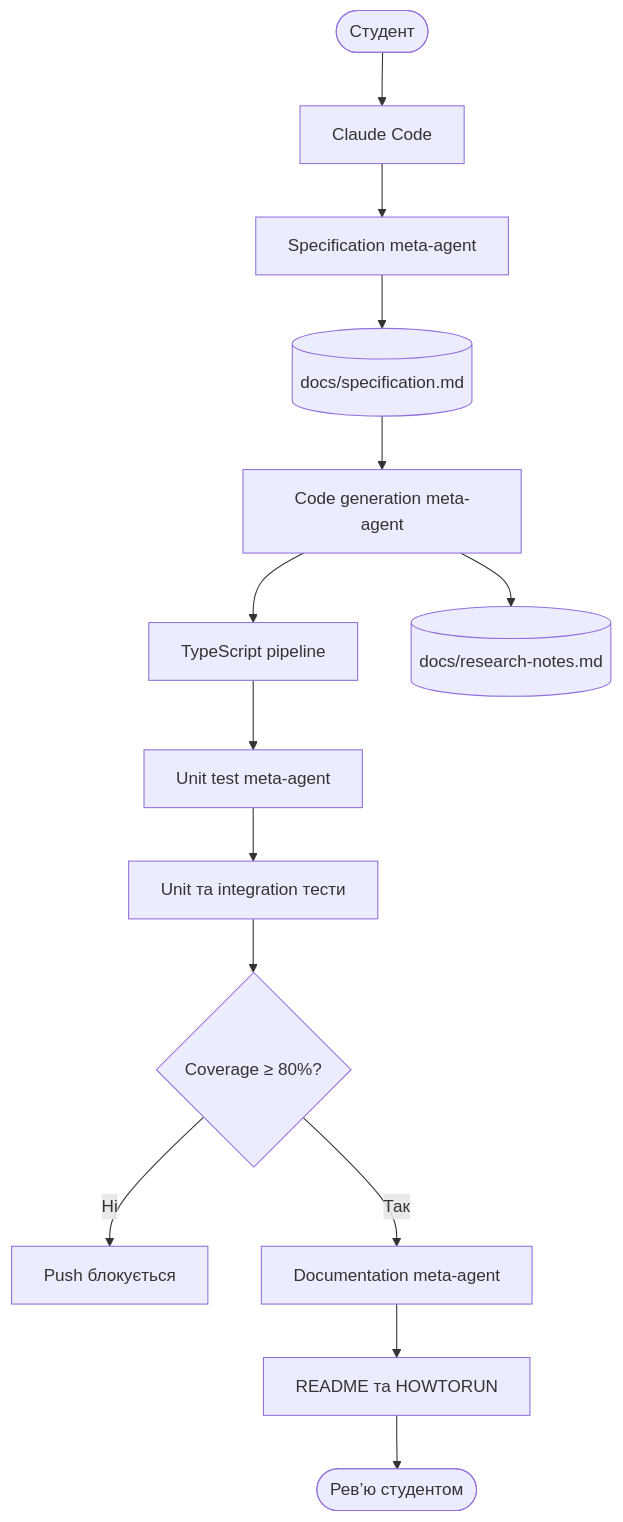
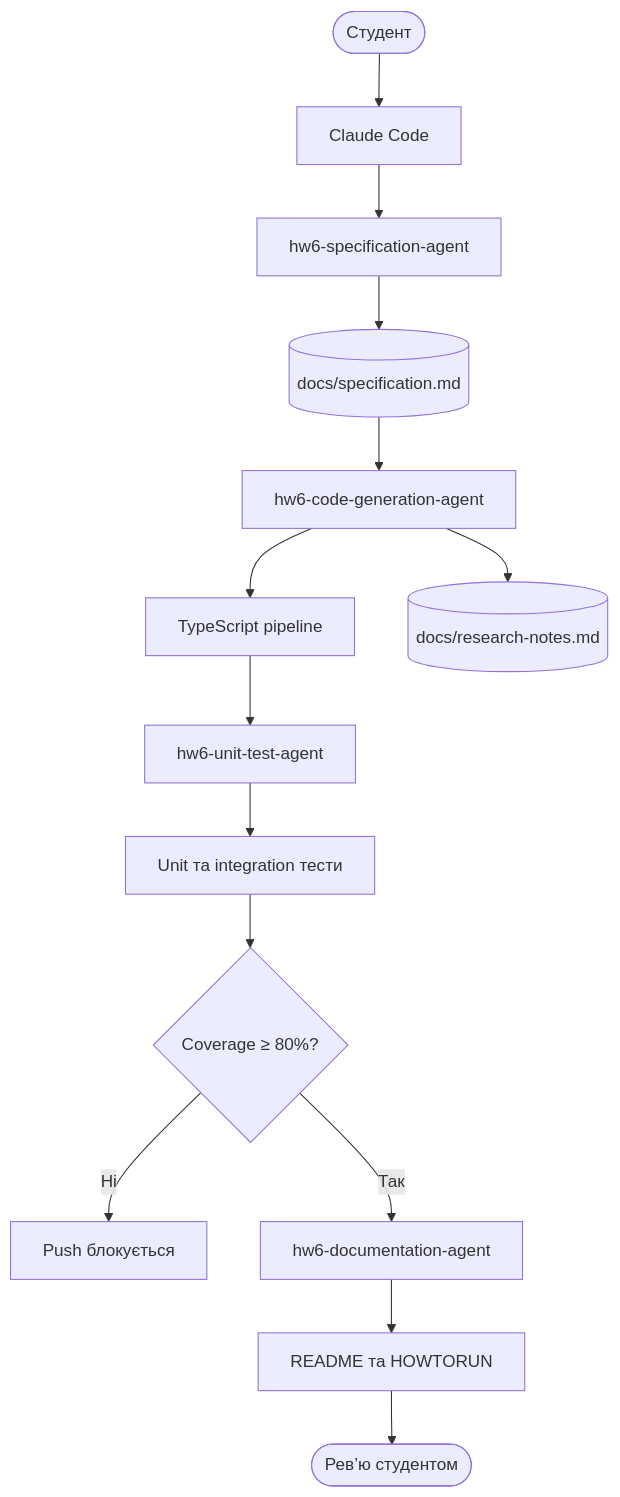
Before and after one commit to zpawn/gen-ai-software-engineering: the first of 3 diagrams in homework-6/README.md, drawn with Mermaid. The commit also changed other lines of this file and 18 other files, not shown here.

````diff
--- a/homework-6/README.md
+++ b/homework-6/README.md
@@ -44,20 +44,20 @@
 ```mermaid
 flowchart TD
     User([Студент]) --> Claude[Claude Code]
 
-    Claude --> SpecAgent[Specification meta-agent]
+    Claude --> SpecAgent[hw6-specification-agent]
     SpecAgent --> Spec[(docs/specification.md)]
 
-    Spec --> CodeAgent[Code generation meta-agent]
+    Spec --> CodeAgent[hw6-code-generation-agent]
     CodeAgent --> App[TypeScript pipeline]
     CodeAgent --> Research[(docs/research-notes.md)]
 
-    App --> TestAgent[Unit test meta-agent]
+    App --> TestAgent[hw6-unit-test-agent]
     TestAgent --> Tests[Unit та integration тести]
     Tests --> Coverage{Coverage ≥ 80%?}
     Coverage -->|Ні| Block[Push блокується]
-    Coverage -->|Так| DocsAgent[Documentation meta-agent]
+    Coverage -->|Так| DocsAgent[hw6-documentation-agent]
 
     DocsAgent --> Docs[README та HOWTORUN]
     Docs --> Review([Рев’ю студентом])
 ```
````
